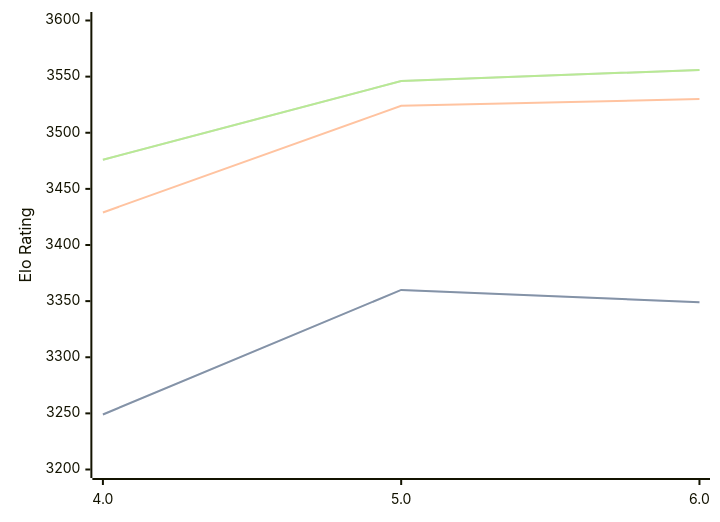
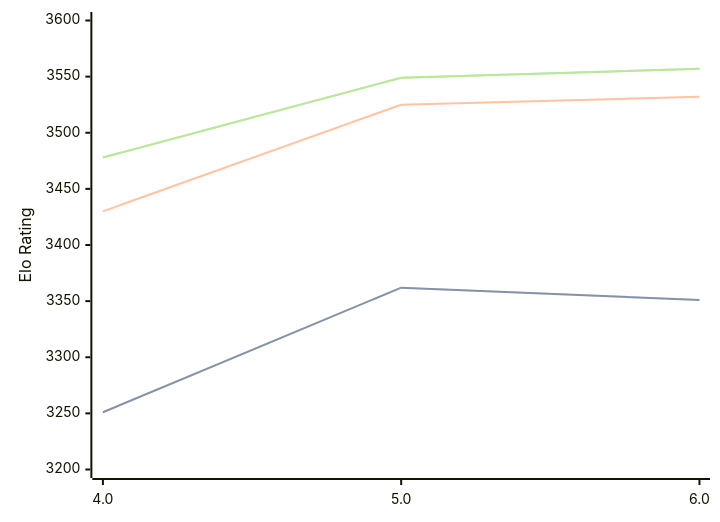
The diagram in engines/Tarnished.md (computer-chess-index/cci), drawn with Mermaid before and after one commit. The commit also changed other lines of this file, not shown here.

Commit message:
Update CCI Ratings (ELO VLTC) - 2026-08-23

````diff
--- a/engines/Tarnished.md
+++ b/engines/Tarnished.md
@@ -33,11 +33,11 @@
 ```mermaid
 %%{init: {"theme":"base","themeVariables":{"seriesColors:['#a3a3a3','#222221','#faa371']}}}%%
 xychart-beta
   x-axis ["4.0", "5.0", "6.0"]
   y-axis "Elo Rating" 3200 --> 3600
-  line "STC (8.0+0.08s)" [3249, 3360, 3349]
-  line "STC (8.0+0.08s)" [3249, 3360, 3349]
-  line "LTC (60.0+0.60s)" [3429, 3524, 3530]
-  line "VLTC (2m24s+1.12s)" [3476, 3546, 3556]
-  line "VLTC (2m24s+1.12s)" [3476, 3546, 3556]
+  line "STC (8.0+0.08s)" [3251, 3362, 3351]
+  line "STC (8.0+0.08s)" [3251, 3362, 3351]
+  line "LTC (60.0+0.60s)" [3430, 3525, 3532]
+  line "VLTC (2m24s+1.12s)" [3478, 3549, 3557]
+  line "VLTC (2m24s+1.12s)" [3478, 3549, 3557]
 ```
````
